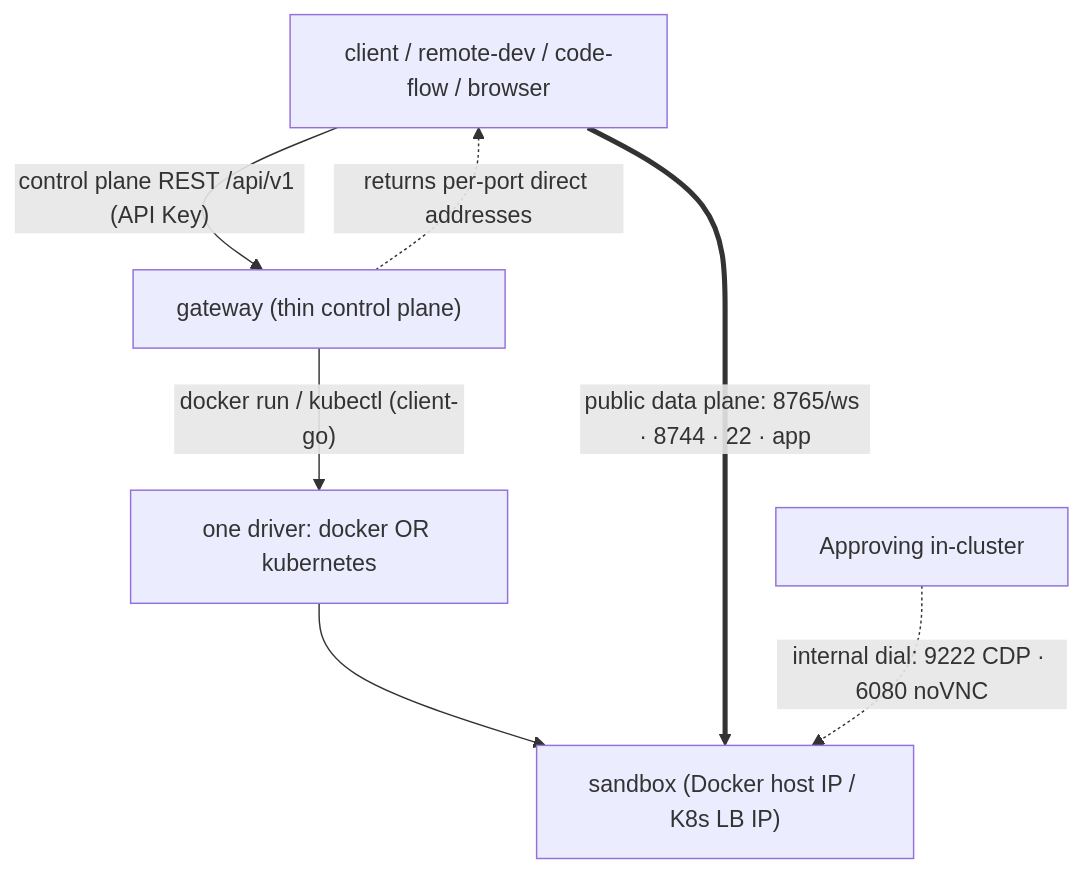
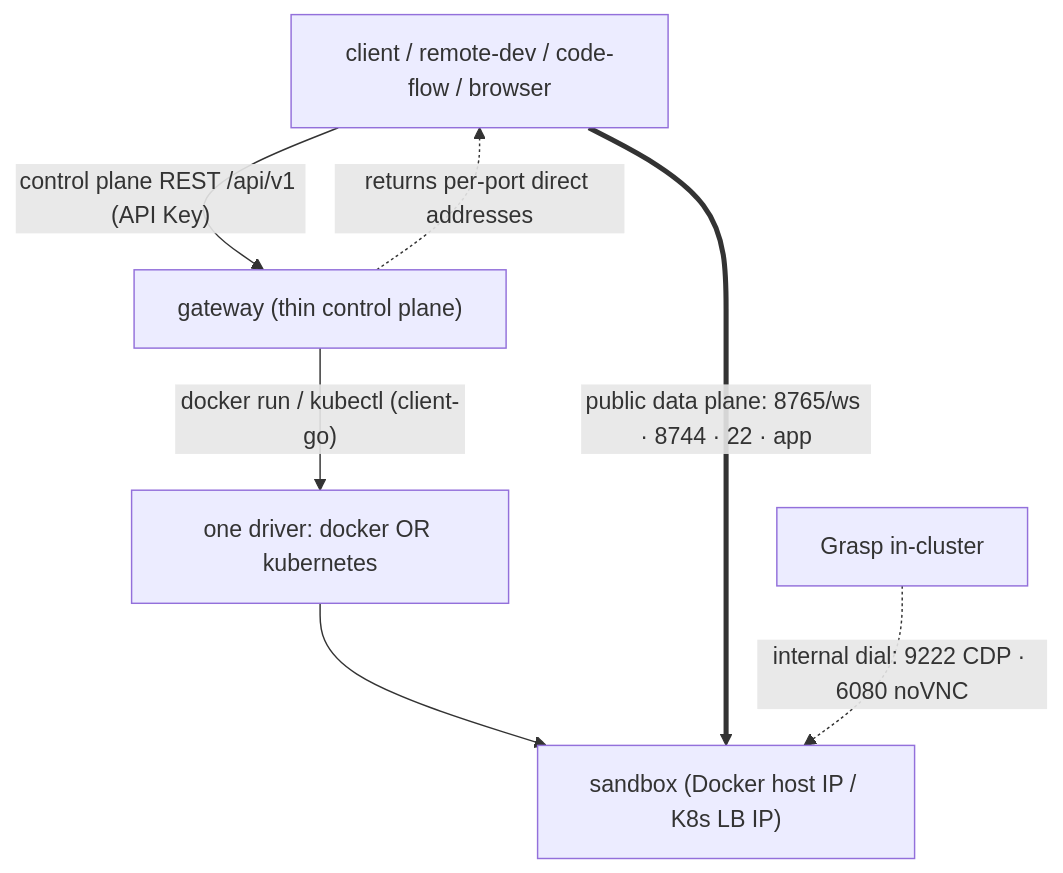
Before and after one commit to cocofhu/approving: the diagram in sandbox-gateway/gateway/README.md, drawn with Mermaid. The commit also changed other lines of this file and 65 other files, not shown here.

First line of the commit message:
feat: replace remaining Approving wordmark with Grasp

````diff
--- a/sandbox-gateway/gateway/README.md
+++ b/sandbox-gateway/gateway/README.md
@@ -42,10 +42,10 @@
 ```mermaid
 flowchart TB
   client["client / remote-dev / code-flow / browser"]
   client -->|"control plane REST /api/v1 (API Key)"| gw["gateway (thin control plane)"]
   gw -->|"docker run / kubectl (client-go)"| drv["one driver: docker OR kubernetes"]
   drv --> sbx["sandbox (Docker host IP / K8s LB IP)"]
   gw -. "returns per-port direct addresses" .-> client
   client ==>|"public data plane: 8765/ws · 8744 · 22 · app"| sbx
-  approving["Approving in-cluster"] -.->|"internal dial: 9222 CDP · 6080 noVNC"| sbx
+  grasp["Grasp in-cluster"] -.->|"internal dial: 9222 CDP · 6080 noVNC"| sbx
 ```
````
